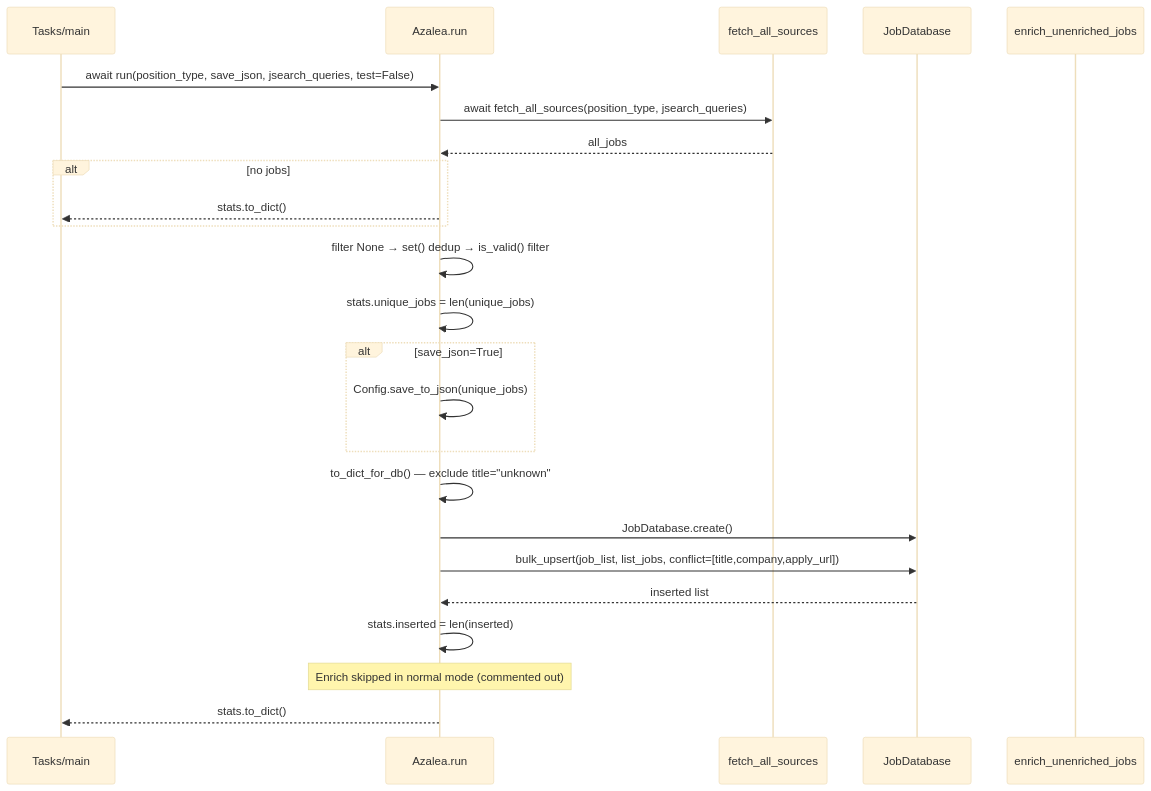
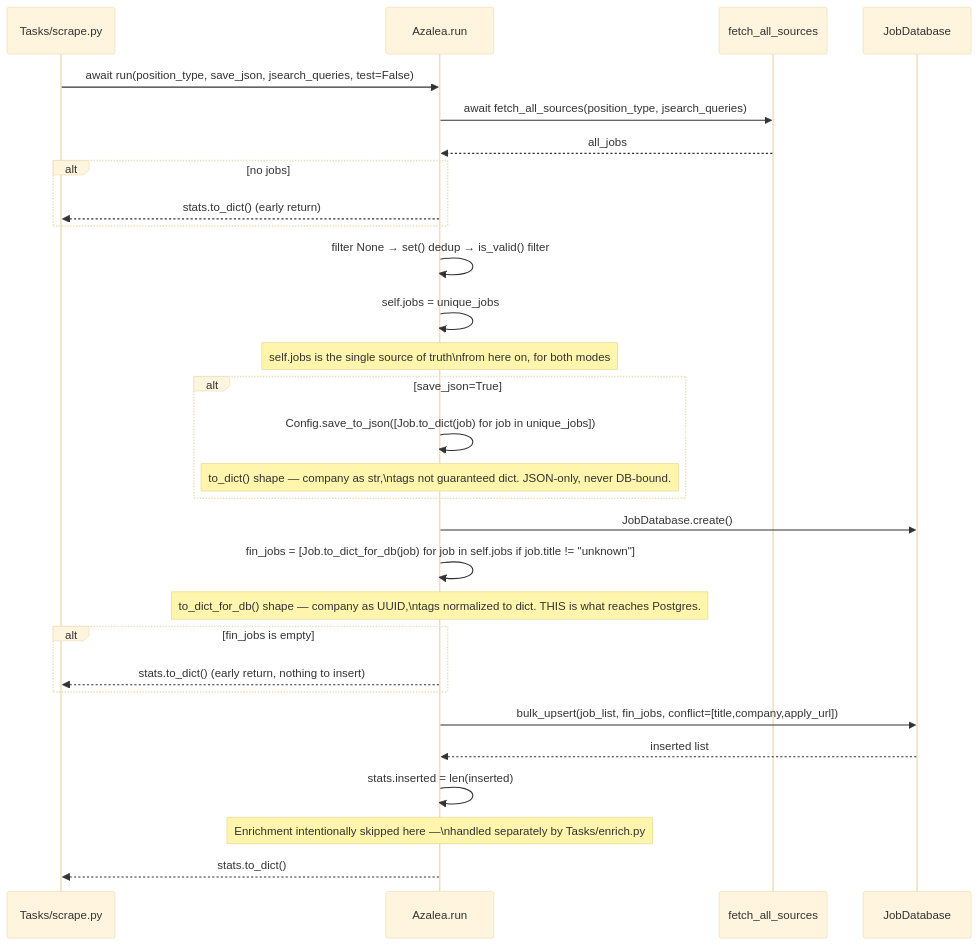
The fourth of 5 diagrams in docs/diagrams/azalea_seq.md (AustinDwomoh/libra), drawn with Mermaid (base theme) before and after one commit. The commit also changed other lines of this file and 6 other files, not shown here.

````diff
--- a/docs/diagrams/azalea_seq.md
+++ b/docs/diagrams/azalea_seq.md
@@ -94,37 +94,46 @@
 ```mermaid
-%% sequenceDiagram — run() normal mode (fetch → dedup → JSON → DB)
+%% sequenceDiagram — run() PRODUCTION mode (test=False): fetch → dedup → JSON → DB
+%% This is the actual, intended behavior of run() when called normally
+%% (e.g. from Tasks/scrape.py). Enrichment does NOT happen here by design —
+%% see Tasks/enrich.py / the separate GitHub Actions "enrich" job instead.
 sequenceDiagram
-    participant Entry as Tasks/main
+    participant Entry as Tasks/scrape.py
     participant Az as Azalea.run
     participant FA as fetch_all_sources
     participant DB as JobDatabase
-    participant Enrich as enrich_unenriched_jobs
 
     Entry->>Az: await run(position_type, save_json, jsearch_queries, test=False)
 
     Az->>FA: await fetch_all_sources(position_type, jsearch_queries)
     FA-->>Az: all_jobs
 
     alt no jobs
-        Az-->>Entry: stats.to_dict()
+        Az-->>Entry: stats.to_dict() (early return)
     end
 
     Az->>Az: filter None → set() dedup → is_valid() filter
-    Az->>Az: stats.unique_jobs = len(unique_jobs)
+    Az->>Az: self.jobs = unique_jobs
+    Note over Az: self.jobs is the single source of truth\nfrom here on, for both modes
 
     alt save_json=True
-        Az->>Az: Config.save_to_json(unique_jobs)
+        Az->>Az: Config.save_to_json([Job.to_dict(job) for job in unique_jobs])
+        Note over Az: to_dict() shape — company as str,\ntags not guaranteed dict. JSON-only, never DB-bound.
     end
 
-    Az->>Az: to_dict_for_db() — exclude title="unknown"
+    Az->>DB: JobDatabase.create()
+    Az->>Az: fin_jobs = [Job.to_dict_for_db(job) for job in self.jobs if job.title != "unknown"]
+    Note over Az: to_dict_for_db() shape — company as UUID,\ntags normalized to dict. THIS is what reaches Postgres.
 
-    Az->>DB: JobDatabase.create()
-    Az->>DB: bulk_upsert(job_list, list_jobs, conflict=[title,company,apply_url])
+    alt fin_jobs is empty
+        Az-->>Entry: stats.to_dict() (early return, nothing to insert)
+    end
+
+    Az->>DB: bulk_upsert(job_list, fin_jobs, conflict=[title,company,apply_url])
     DB-->>Az: inserted list
     Az->>Az: stats.inserted = len(inserted)
 
-    Note over Az: Enrich skipped in normal mode (commented out)
+    Note over Az: Enrichment intentionally skipped here —\nhandled separately by Tasks/enrich.py
 
     Az-->>Entry: stats.to_dict()
 
 ```
````
